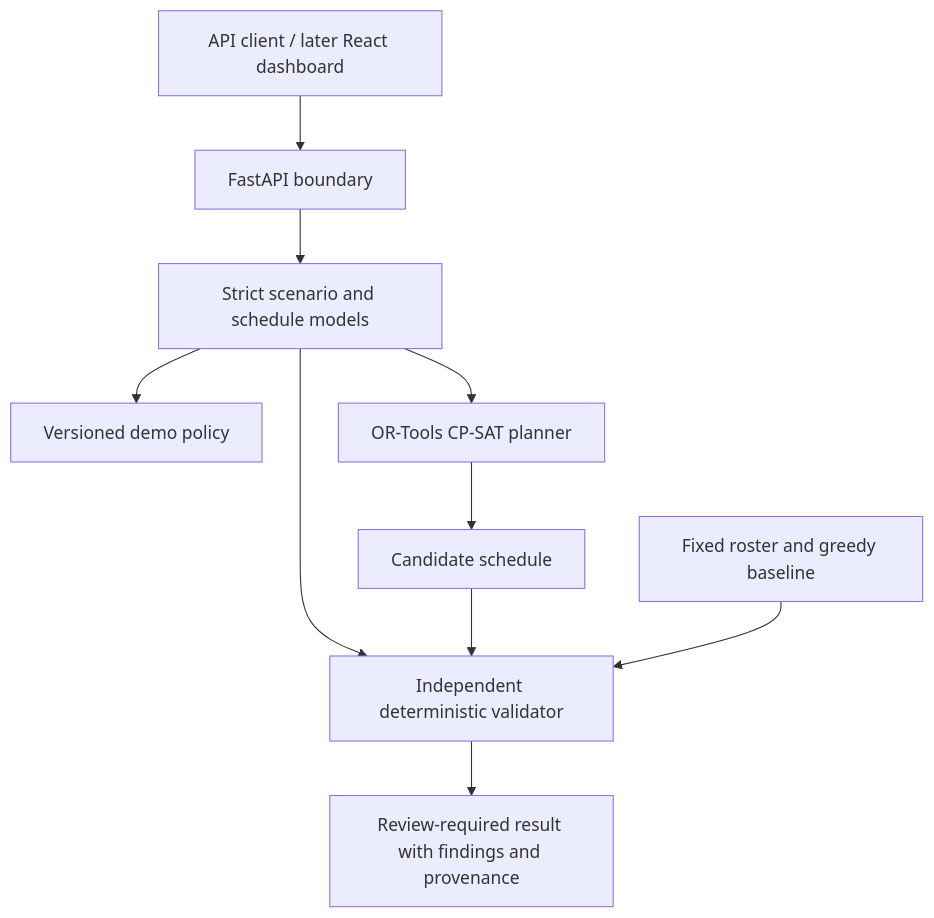
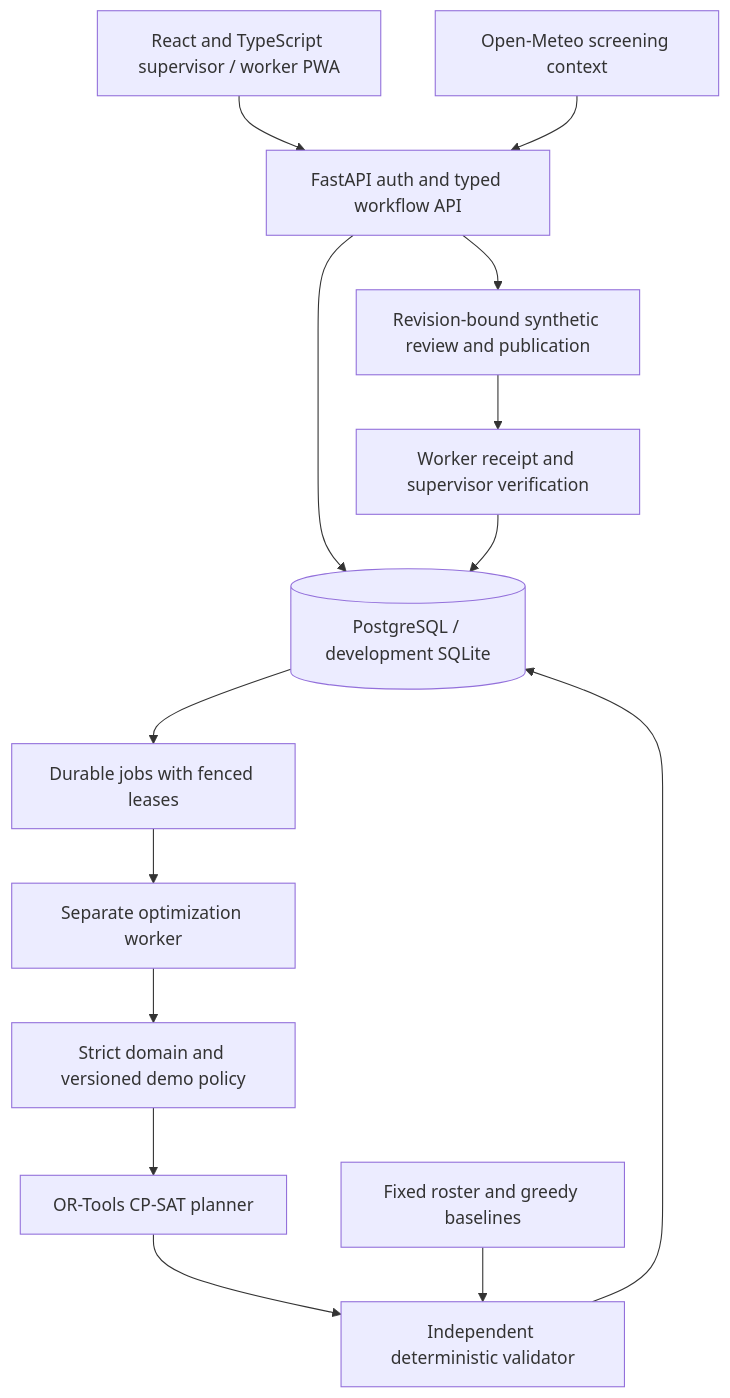
One commit to satyamsahu40678/heatshield-os changed the diagram in docs/design.md. Above: the diagram before and after it, drawn with Mermaid. The commit also changed other lines of this file and 69 other files, not shown here.

````diff
--- a/docs/design.md
+++ b/docs/design.md
@@ -41,12 +43,16 @@
 ```mermaid
 flowchart TD
-    Client[API client / later React dashboard] --> API[FastAPI boundary]
-    API --> Domain[Strict scenario and schedule models]
-    Domain --> Policy[Versioned demo policy]
+    Client[React and TypeScript supervisor / worker PWA] --> API[FastAPI auth and typed workflow API]
+    API --> DB[(PostgreSQL / development SQLite)]
+    DB --> Jobs[Durable jobs with fenced leases]
+    Jobs --> Worker[Separate optimization worker]
+    Worker --> Domain[Strict domain and versioned demo policy]
     Domain --> Solver[OR-Tools CP-SAT planner]
-    Domain --> Validator[Independent deterministic validator]
-    Solver --> Candidate[Candidate schedule]
-    Candidate --> Validator
-    Validator --> Result[Review-required result with findings and provenance]
-    Baselines[Fixed roster and greedy baseline] --> Validator
+    Solver --> Validator[Independent deterministic validator]
+    Baselines[Fixed roster and greedy baselines] --> Validator
+    Validator --> DB
+    API --> Review[Revision-bound synthetic review and publication]
+    Review --> Interventions[Worker receipt and supervisor verification]
+    Interventions --> DB
+    Weather[Open-Meteo screening context] --> API
 ```
````
